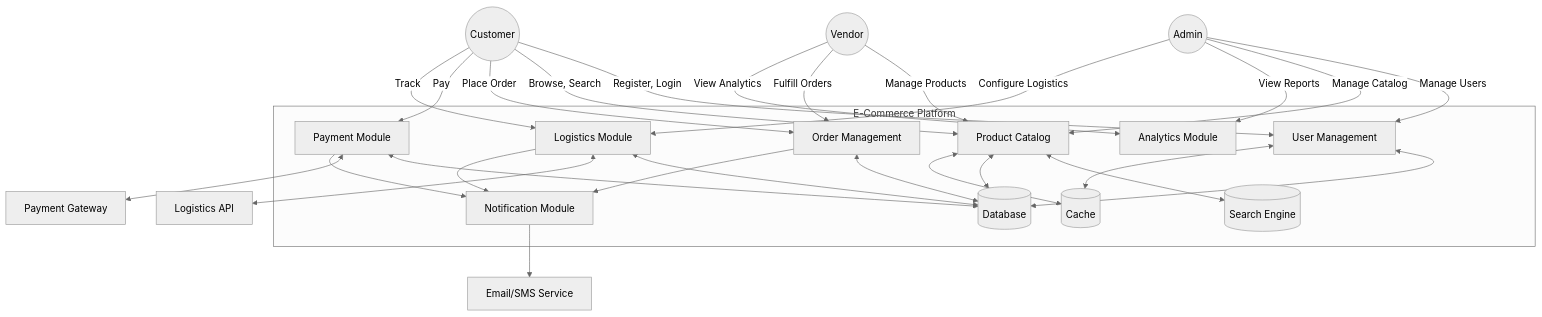
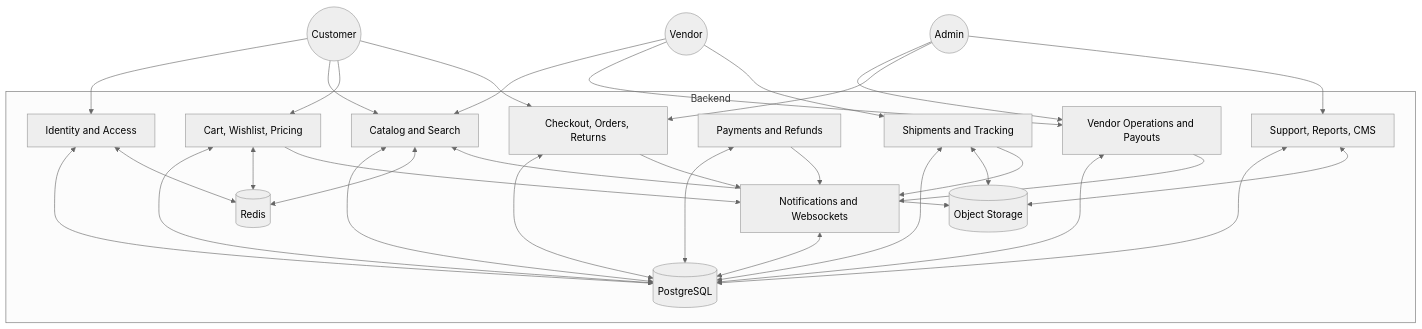
Before and after one commit to 0Ankit0/e-commerce: the second of 5 diagrams in docs/system-design/high-level-design/data-flow-diagrams.md, drawn with Mermaid (neutral theme). The commit also changed other lines of this file and 24 other files, not shown here.

````diff
--- a/docs/system-design/high-level-design/data-flow-diagrams.md
+++ b/docs/system-design/high-level-design/data-flow-diagrams.md
@@ -42,57 +41,59 @@
 ```mermaid
 flowchart TB
     Customer((Customer))
     Vendor((Vendor))
     Admin((Admin))
 
-    subgraph "E-Commerce Platform"
-        UM[User Management]
-        PC[Product Catalog]
-        OM[Order Management]
-        PM[Payment Module]
-        LM[Logistics Module]
-        NM[Notification Module]
-        AM[Analytics Module]
+    subgraph "Backend"
+        IAM[Identity and Access]
+        Catalog[Catalog and Search]
+        Commerce[Cart, Wishlist, Pricing]
+        Orders[Checkout, Orders, Returns]
+        Payments[Payments and Refunds]
+        Logistics[Shipments and Tracking]
+        Vendors[Vendor Operations and Payouts]
+        Support[Support, Reports, CMS]
+        Notify[Notifications and Websockets]
 
-        DB[(Database)]
-        Cache[(Cache)]
-        Search[(Search Engine)]
+        DB[(PostgreSQL)]
+        Cache[(Redis)]
+        Storage[(Object Storage)]
     end
 
-    PaymentGW[Payment Gateway]
-    LogisticsAPI[Logistics API]
-    EmailSMS[Email/SMS Service]
+    Customer --> IAM
+    Customer --> Catalog
+    Customer --> Commerce
+    Customer --> Orders
 
-    Customer -->|Register, Login| UM
-    Customer -->|Browse, Search| PC
-    Customer -->|Place Order| OM
-    Customer -->|Pay| PM
-    Customer -->|Track| LM
+    Vendor --> Catalog
+    Vendor --> Vendors
+    Vendor --> Logistics
 
-    Vendor -->|Manage Products| PC
-    Vendor -->|Fulfill Orders| OM
-    Vendor -->|View Analytics| AM
+    Admin --> Vendors
+    Admin --> Orders
+    Admin --> Support
 
-    Admin -->|Manage Users| UM
-    Admin -->|Manage Catalog| PC
-    Admin -->|View Reports| AM
-    Admin -->|Configure Logistics| LM
+    IAM <--> DB
+    Catalog <--> DB
+    Commerce <--> DB
+    Orders <--> DB
+    Payments <--> DB
+    Logistics <--> DB
+    Vendors <--> DB
+    Support <--> DB
+    Notify <--> DB
 
-    PC <--> Search
-    UM <--> DB
-    PC <--> DB
-    OM <--> DB
-    PM <--> DB
-    LM <--> DB
+    Commerce <--> Cache
+    Catalog <--> Cache
+    IAM <--> Cache
 
-    UM <--> Cache
-    PC <--> Cache
+    Catalog <--> Storage
+    Logistics <--> Storage
+    Support <--> Storage
 
-    PM <--> PaymentGW
-    LM <--> LogisticsAPI
-    NM --> EmailSMS
-
-    OM --> NM
-    PM --> NM
-    LM --> NM
+    Orders --> Notify
+    Payments --> Notify
+    Logistics --> Notify
+    Vendors --> Notify
+    Commerce --> Notify
 ```
````
